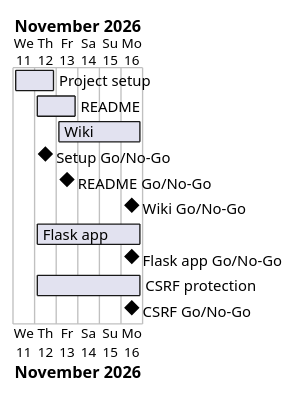
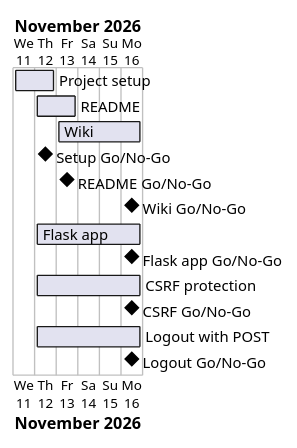
Before and after one commit to Tirsvad-Udemy-100-days-of-code/068-flask-auth: the diagram in docs/project-plan.md, drawn with PlantUML. The commit also changed other lines of this file and 15 other files, not shown here.

First line of the commit message:
MIL-006: plan and make logout a CSRF-protected POST

````diff
--- a/docs/project-plan.md
+++ b/docs/project-plan.md
@@ -39,15 +40,17 @@
 ```plantuml
 @startgantt
 Project starts 2026-11-11
 [Project setup] starts 2026-11-11 and ends 2026-11-12
 [README] starts 2026-11-12 and ends 2026-11-13
 [Wiki] starts 2026-11-13 and ends 2026-11-16
 [Setup Go/No-Go] happens 2026-11-12
 [README Go/No-Go] happens 2026-11-13
 [Wiki Go/No-Go] happens 2026-11-16
 [Flask app] starts 2026-11-12 and ends 2026-11-16
 [Flask app Go/No-Go] happens 2026-11-16
 [CSRF protection] starts 2026-11-12 and ends 2026-11-16
 [CSRF Go/No-Go] happens 2026-11-16
+[Logout with POST] starts 2026-11-12 and ends 2026-11-16
+[Logout Go/No-Go] happens 2026-11-16
 @endgantt
 ```
````
